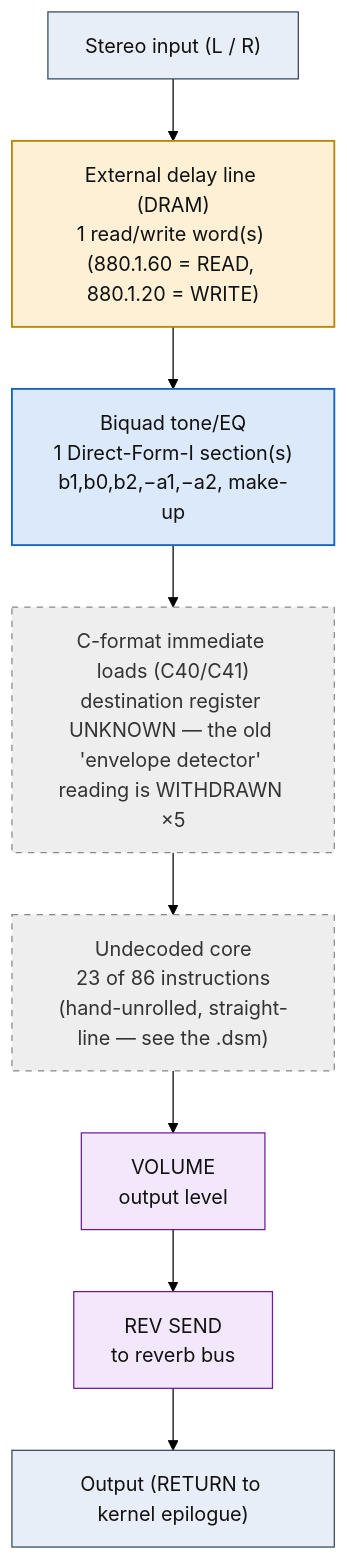
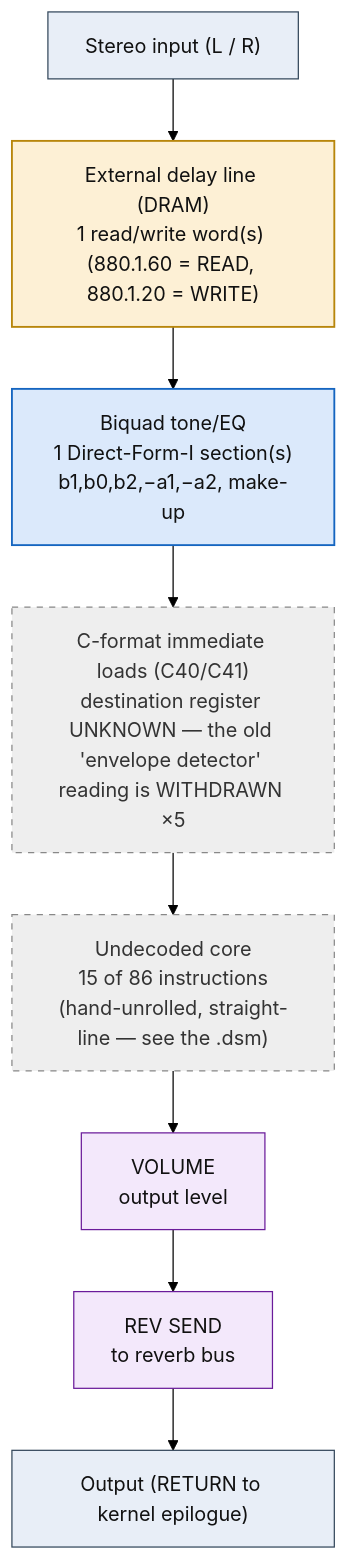
Before and after one commit to ArqueologiaDigital/kn5000-roms-disasm: the diagram in dsp/flowcharts/prog15_rock_rotary.md, drawn with Mermaid (forest theme). The commit also changed other lines of this file and 78 other files, not shown here.

````diff
--- a/dsp/flowcharts/prog15_rock_rotary.md
+++ b/dsp/flowcharts/prog15_rock_rotary.md
@@ -12,30 +12,30 @@
 ```mermaid
 flowchart TD
     N0["Stereo input (L / R)"]
     N1["External delay line (DRAM)<br/>1 read/write word(s) (880.1.60 = READ, 880.1.20 = WRITE)"]
     N0 --> N1
     N2["Biquad tone/EQ<br/>1 Direct-Form-I section(s)<br/>b1,b0,b2,&minus;a1,&minus;a2, make-up"]
     N1 --> N2
     N3["C-format immediate loads (C40/C41)<br/>destination register UNKNOWN &mdash; the old 'envelope detector' reading is WITHDRAWN &times;5"]
     N2 --> N3
-    N4["Undecoded core<br/>23 of 86 instructions<br/>(hand-unrolled, straight-line &mdash; see the .dsm)"]
+    N4["Undecoded core<br/>15 of 86 instructions<br/>(hand-unrolled, straight-line &mdash; see the .dsm)"]
     N3 --> N4
     N5["VOLUME<br/>output level"]
     N4 --> N5
     N6["REV SEND<br/>to reverb bus"]
     N5 --> N6
     N7["Output (RETURN to kernel epilogue)"]
     N6 --> N7
 
     classDef io fill:#e8eef7,stroke:#33475b,stroke-width:1px,color:#111;
     classDef proven fill:#d7f0d7,stroke:#2e7d32,stroke-width:2px,color:#111;
     classDef measured fill:#dbe9fb,stroke:#1565c0,stroke-width:1.5px,color:#111;
     classDef inferred fill:#fdf0d5,stroke:#b8860b,stroke-width:1.5px,color:#111;
     classDef open fill:#eeeeee,stroke:#888,stroke-width:1px,color:#333,stroke-dasharray:5 5;
     classDef ctrl fill:#f3e8fb,stroke:#6a1b9a,stroke-width:1px,color:#111;
     class N0,N7 io;
     class N1 inferred;
     class N2 measured;
     class N3,N4 open;
     class N5,N6 ctrl;
 ```
````
